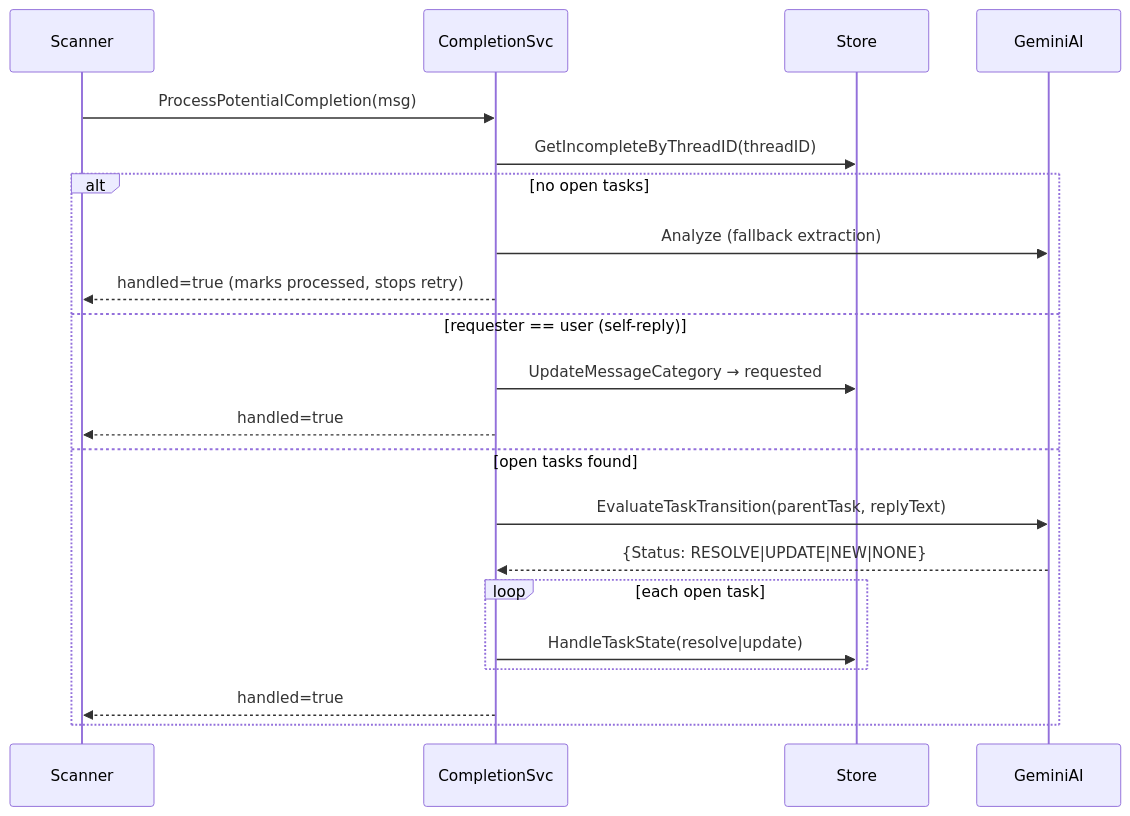
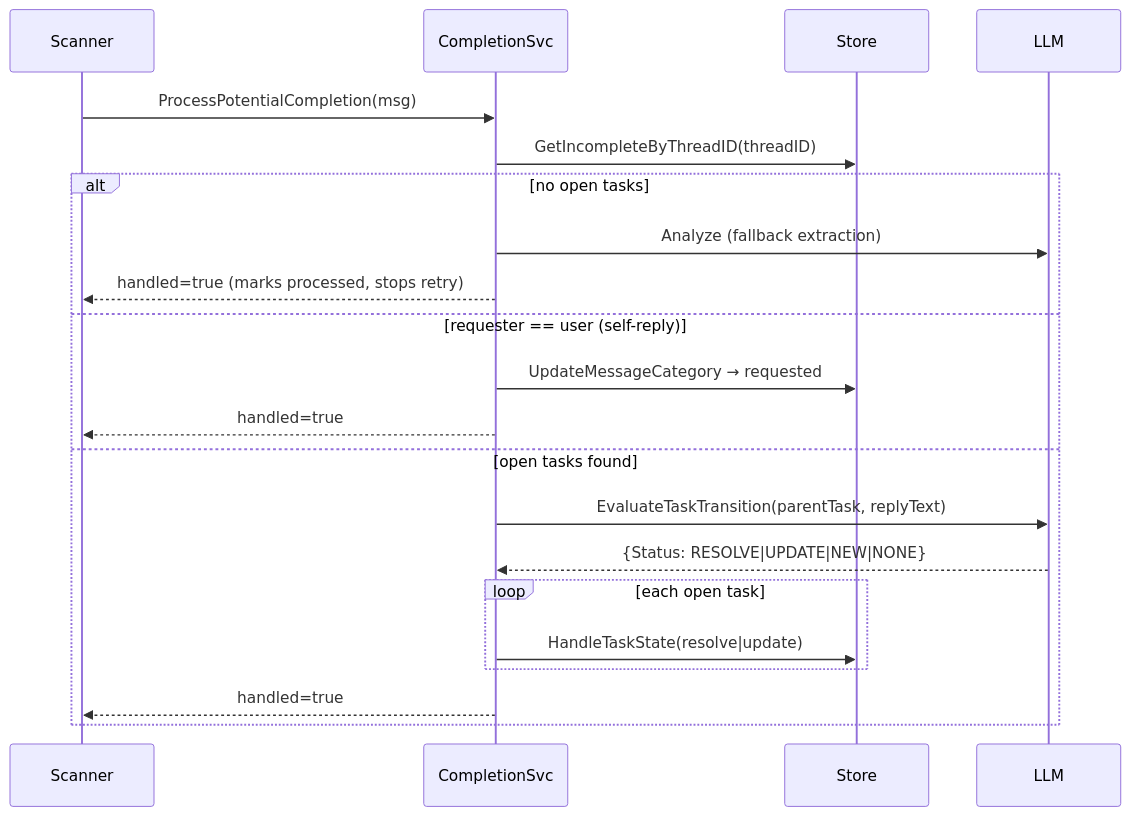
Before and after one commit to JaejinSong/message-consolidator: the second of 4 diagrams in docs/comprehensive/08-services-business-logic.md, drawn with Mermaid. The commit also changed other lines of this file and 21 other files, not shown here.

````diff
--- a/docs/comprehensive/08-services-business-logic.md
+++ b/docs/comprehensive/08-services-business-logic.md
@@ -247,24 +247,24 @@
 ```mermaid
 sequenceDiagram
     participant Scanner
     participant CompletionSvc
     participant Store
-    participant GeminiAI
+    participant LLM
 
     Scanner->>CompletionSvc: ProcessPotentialCompletion(msg)
     CompletionSvc->>Store: GetIncompleteByThreadID(threadID)
     alt no open tasks
-        CompletionSvc->>GeminiAI: Analyze (fallback extraction)
+        CompletionSvc->>LLM: Analyze (fallback extraction)
         CompletionSvc-->>Scanner: handled=true (marks processed, stops retry)
     else requester == user (self-reply)
         CompletionSvc->>Store: UpdateMessageCategory → requested
         CompletionSvc-->>Scanner: handled=true
     else open tasks found
-        CompletionSvc->>GeminiAI: EvaluateTaskTransition(parentTask, replyText)
-        GeminiAI-->>CompletionSvc: {Status: RESOLVE|UPDATE|NEW|NONE}
+        CompletionSvc->>LLM: EvaluateTaskTransition(parentTask, replyText)
+        LLM-->>CompletionSvc: {Status: RESOLVE|UPDATE|NEW|NONE}
         loop each open task
             CompletionSvc->>Store: HandleTaskState(resolve|update)
         end
         CompletionSvc-->>Scanner: handled=true
     end
 ```
````
